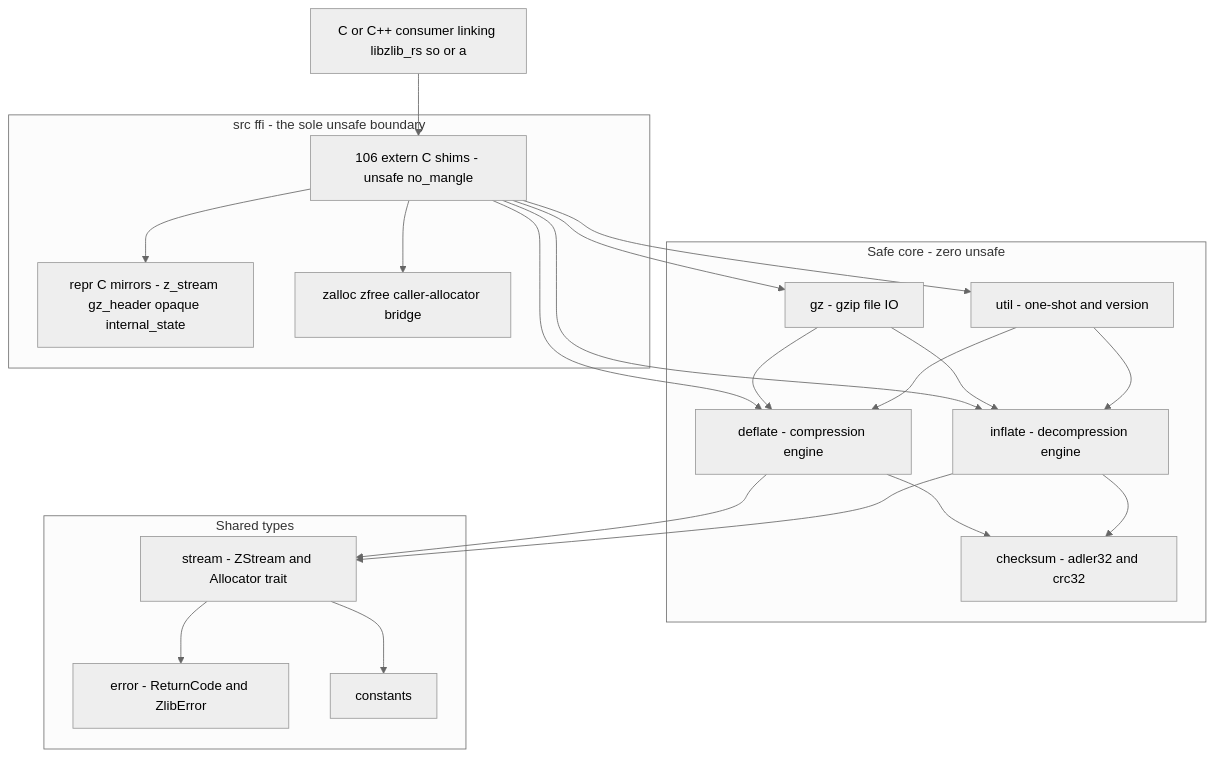
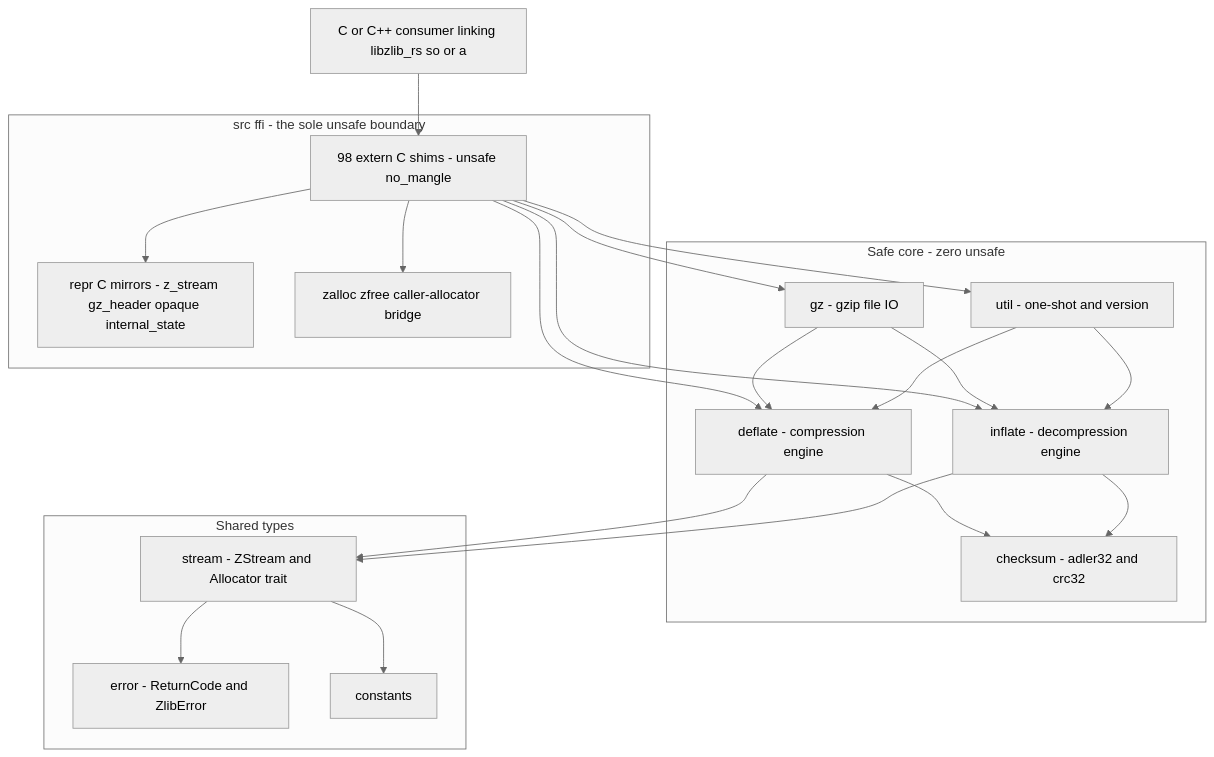
Before and after one commit to Blitzy-Sandbox/blitzy-zlib: the diagram in doc/technical-specifications.md, drawn with Mermaid (neutral theme). The commit also changed other lines of this file and 2 other files, not shown here.

````diff
--- a/doc/technical-specifications.md
+++ b/doc/technical-specifications.md
@@ -86,38 +86,38 @@
 ```mermaid
 graph TD
     C[C or C++ consumer linking libzlib_rs so or a]
     subgraph FFI[src ffi - the sole unsafe boundary]
-        SHIMS[106 extern C shims - unsafe no_mangle]
+        SHIMS[98 extern C shims - unsafe no_mangle]
         TYPES[repr C mirrors - z_stream gz_header opaque internal_state]
         ALLOC[zalloc zfree caller-allocator bridge]
     end
     subgraph CORE[Safe core - zero unsafe]
         DEF[deflate - compression engine]
         INF[inflate - decompression engine]
         CHK[checksum - adler32 and crc32]
         GZ[gz - gzip file IO]
         UTIL[util - one-shot and version]
     end
     subgraph SHARED[Shared types]
         STREAM[stream - ZStream and Allocator trait]
         ERR[error - ReturnCode and ZlibError]
         CONST[constants]
     end
     C --> SHIMS
     SHIMS --> TYPES
     SHIMS --> ALLOC
     SHIMS --> DEF
     SHIMS --> INF
     SHIMS --> GZ
     SHIMS --> UTIL
     DEF --> CHK
     INF --> CHK
     GZ --> DEF
     GZ --> INF
     UTIL --> DEF
     UTIL --> INF
     DEF --> STREAM
     INF --> STREAM
     STREAM --> ERR
     STREAM --> CONST
 ```
````
